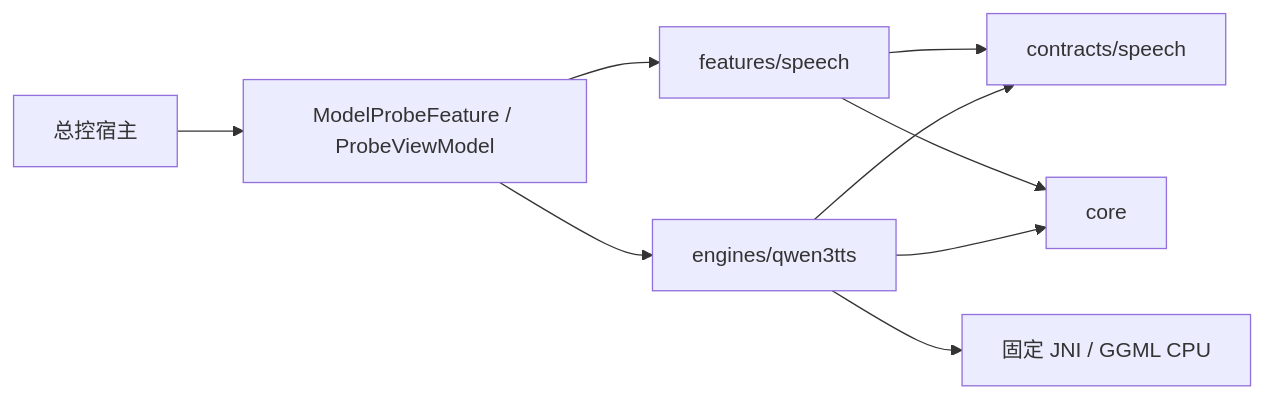
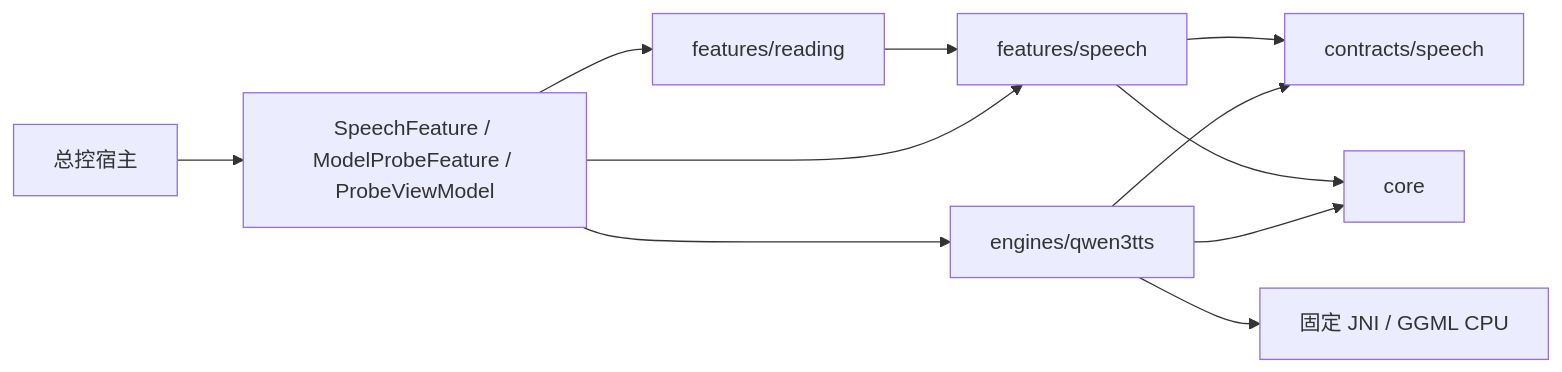
One commit to zzf122561-bot/English-learning-app changed the diagram in experiments/tts-device-probe/ARCHITECTURE.md. Above: the diagram before and after it, drawn with Mermaid. The commit also changed other lines of this file and 26 other files, not shown here.

Commit message:
feat(speech): add shared formal reading workflows and playback controls

````diff
--- a/experiments/tts-device-probe/ARCHITECTURE.md
+++ b/experiments/tts-device-probe/ARCHITECTURE.md
@@ -20,11 +21,13 @@
 ```mermaid
 flowchart LR
-  H[总控宿主] --> R[ModelProbeFeature / ProbeViewModel]
+  H[总控宿主] --> R[SpeechFeature / ModelProbeFeature / ProbeViewModel]
+  R --> A[features/reading]
+  A --> S[features/speech]
   R --> S[features/speech]
   R --> Q[engines/qwen3tts]
   S --> C[contracts/speech]
   Q --> C
   S --> K[core]
   Q --> K
   Q --> N[固定 JNI / GGML CPU]
 ```
````
